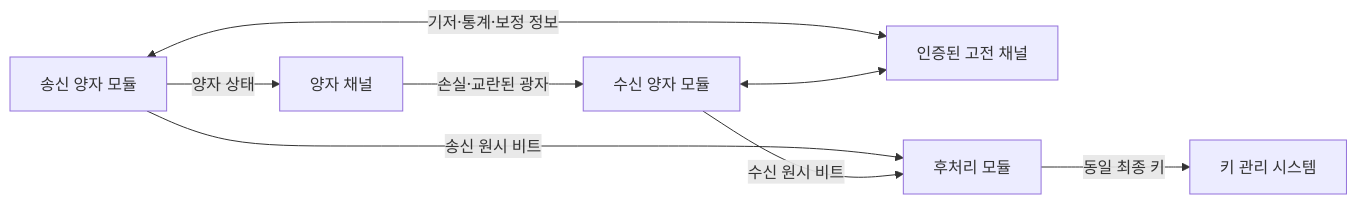
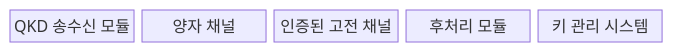
Before and after one commit to agnusdei1207/knowledge-base: the first of 2 diagrams in src/content/docs/notes/05-security/014_quantum_key_distribution.md, drawn with Mermaid. The commit also changed other lines of this file and 22 other files, not shown here.

````diff
--- a/src/content/docs/notes/05-security/014_quantum_key_distribution.md
+++ b/src/content/docs/notes/05-security/014_quantum_key_distribution.md
@@ -63,10 +64,9 @@
 ```mermaid
-flowchart LR
-    S["송신 양자 모듈"] -->|"양자 상태"| Q["양자 채널"]
-    Q -->|"손실·교란된 광자"| R["수신 양자 모듈"]
-    S <-->|"기저·통계·보정 정보"| C["인증된 고전 채널"]
-    R <--> C
-    S -->|"송신 원시 비트"| P["후처리 모듈"]
-    R -->|"수신 원시 비트"| P
-    P -->|"동일 최종 키"| K["키 관리 시스템"]
+block-beta
+    columns 5
+    S["QKD 송수신 모듈"]
+    Q["양자 채널"]
+    C["인증된 고전 채널"]
+    P["후처리 모듈"]
+    K["키 관리 시스템"]
 ```
````
